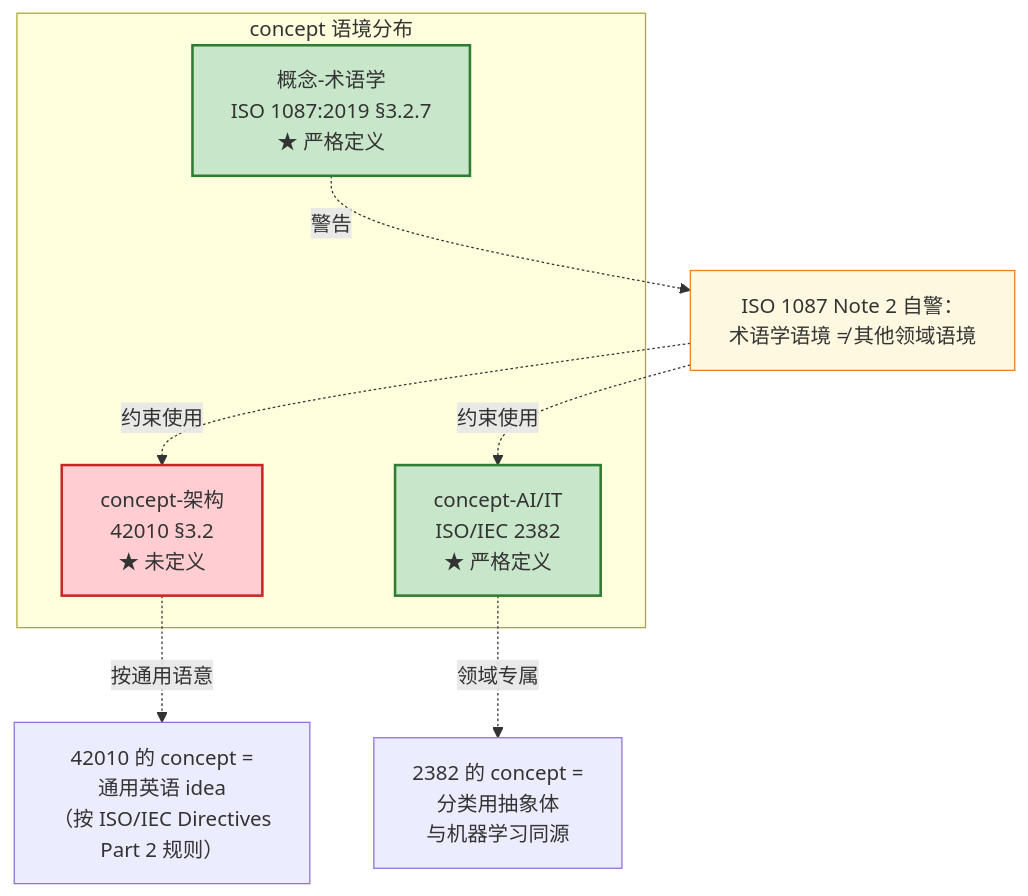
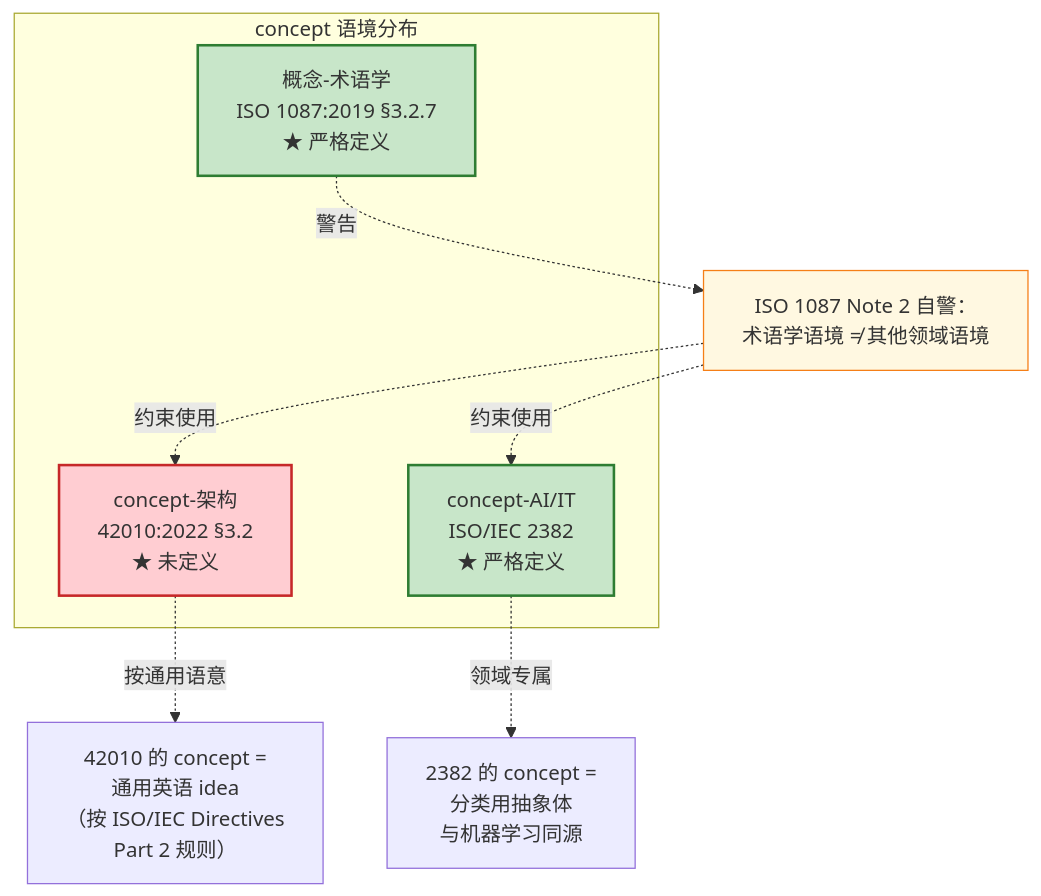
Before and after one commit to Yongjunzhou/AOS-system-design: the fourth of 17 diagrams in 100-subprojects/01-系统工程研究/00-系统工程相关研究报告/22-架构、概念、属性研究报告—术语权威定义与对照分析.md, drawn with Mermaid. The commit also changed other lines of this file and 38 other files, not shown here.

````diff
--- a/100-subprojects/01-系统工程研究/00-系统工程相关研究报告/22-架构、概念、属性研究报告—术语权威定义与对照分析.md
+++ b/100-subprojects/01-系统工程研究/00-系统工程相关研究报告/22-架构、概念、属性研究报告—术语权威定义与对照分析.md
@@ -280,27 +300,27 @@
 ```mermaid
 flowchart TB
     subgraph "concept 语境分布"
         C1087["概念-术语学<br/>ISO 1087:2019 §3.2.7<br/>★ 严格定义"]
-        C42010["concept-架构<br/>42010 §3.2<br/>★ 未定义"]
+        C42010["concept-架构<br/>42010:2022 §3.2<br/>★ 未定义"]
         C2382["concept-AI/IT<br/>ISO/IEC 2382<br/>★ 严格定义"]
     end
 
     NOTE["ISO 1087 Note 2 自警：<br/>术语学语境 ≠ 其他领域语境"]
 
     C1087 -.警告.-> NOTE
     NOTE -.约束使用.-> C42010
     NOTE -.约束使用.-> C2382
 
     ARCH["42010 的 concept =<br/>通用英语 idea<br/>（按 ISO/IEC Directives<br/>Part 2 规则）"]
     AI["2382 的 concept =<br/>分类用抽象体<br/>与机器学习同源"]
 
     C42010 -.按通用语意.-> ARCH
     C2382 -.领域专属.-> AI
 
     classDef defined fill:#c8e6c9,stroke:#2e7d32,stroke-width:2px
     classDef undefined fill:#ffcdd2,stroke:#c62828,stroke-width:2px
     classDef note fill:#fff8e1,stroke:#f57f17
     class C1087,C2382 defined
     class C42010 undefined
     class NOTE note
 ```
````
